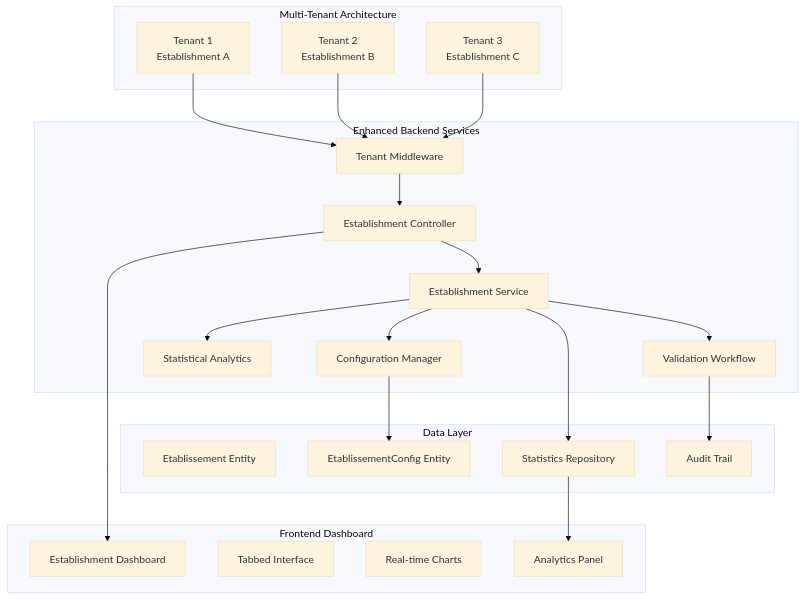
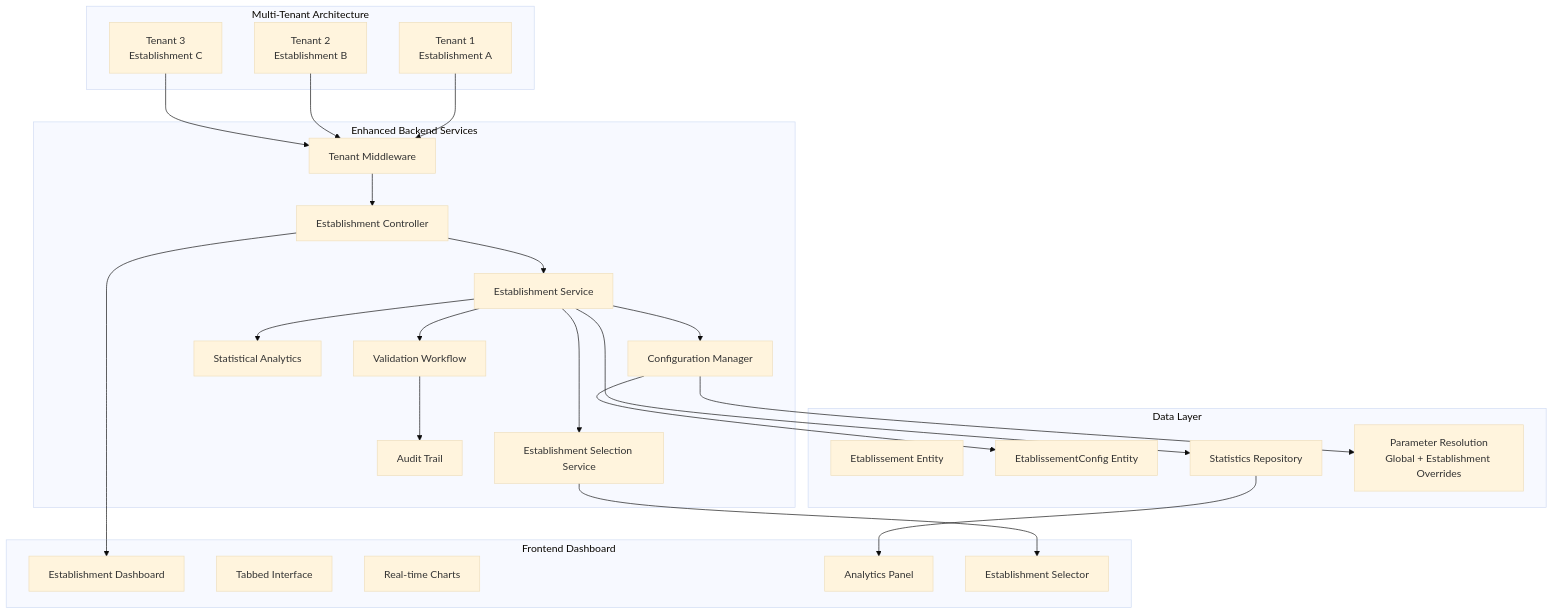
The first of 12 diagrams in .qoder/repowiki/en/content/Modules & Features/Administrative Modules/Establishment Management.md (franckylab/eLISAschool), drawn with Mermaid (base theme) before and after one commit. The commit also changed other lines of this file and 281 other files, not shown here.

````diff
--- a/.qoder/repowiki/en/content/Modules & Features/Administrative Modules/Establishment Management.md
+++ b/.qoder/repowiki/en/content/Modules & Features/Administrative Modules/Establishment Management.md
@@ -58,41 +63,48 @@
 ```mermaid
 graph TB
 subgraph "Multi-Tenant Architecture"
 Tenant1["Tenant 1<br/>Establishment A"]
 Tenant2["Tenant 2<br/>Establishment B"]
 Tenant3["Tenant 3<br/>Establishment C"]
 end
 subgraph "Enhanced Backend Services"
 Middleware["Tenant Middleware"]
 Controller["Establishment Controller"]
 Service["Establishment Service"]
 Validator["Validation Workflow"]
 Stats["Statistical Analytics"]
 Config["Configuration Manager"]
+Selection["Establishment Selection Service"]
+Audit["Audit Trail"]
 end
 subgraph "Frontend Dashboard"
 Dashboard["Establishment Dashboard"]
 Tabs["Tabbed Interface"]
 Charts["Real-time Charts"]
 Analytics["Analytics Panel"]
+Selector["Establishment Selector"]
 end
 subgraph "Data Layer"
 Etablissement["Etablissement Entity"]
 ConfigEntity["EtablissementConfig Entity"]
 StatsRepo["Statistics Repository"]
+Parametres["Parameter Resolution<br/>Global + Establishment Overrides"]
 Audit["Audit Trail"]
 end
 Tenant1 --> Middleware
 Tenant2 --> Middleware
 Tenant3 --> Middleware
 Middleware --> Controller
 Controller --> Service
 Service --> Validator
 Service --> Stats
 Service --> Config
+Service --> Selection
 Controller --> Dashboard
 Service --> StatsRepo
 StatsRepo --> Analytics
 Config --> ConfigEntity
+Config --> Parametres
 Validator --> Audit
+Selection --> Selector
 ```
````
